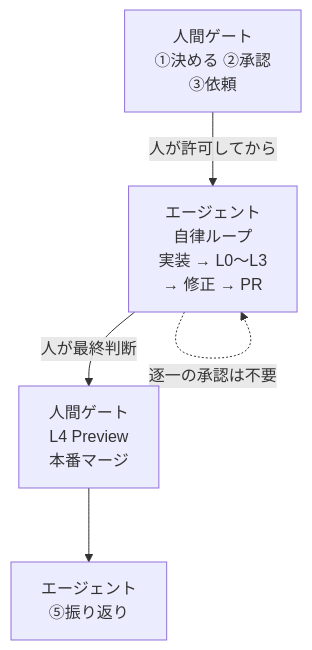
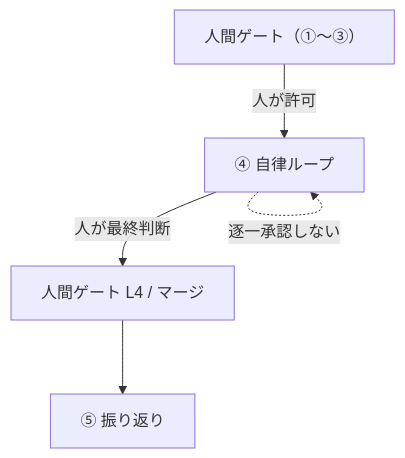
The second of 3 diagrams in docs/development/ai-dev-process-for-qa.md (ike-gagagami97/my-recipe), drawn with Mermaid before and after one commit. The commit also changed other lines of this file and 1 other file, not shown here.

First line of the commit message:
docs: mermaid ラベルを単一行に短縮（<br/> は GitHub で無効）

````diff
--- a/docs/development/ai-dev-process-for-qa.md
+++ b/docs/development/ai-dev-process-for-qa.md
@@ -112,11 +116,11 @@
 ```mermaid
 flowchart TD
-  H1["人間ゲート<br/>①決める ②承認<br/>③依頼"]
-  A1["エージェント<br/>自律ループ<br/>実装 → L0〜L3<br/>→ 修正 → PR"]
-  H2["人間ゲート<br/>L4 Preview<br/>本番マージ"]
-  A2["エージェント<br/>⑤振り返り"]
-  H1 -->|人が許可してから| A1
+  H1["人間ゲート（①〜③）"]
+  A1["④ 自律ループ"]
+  H2["人間ゲート L4 / マージ"]
+  A2["⑤ 振り返り"]
+  H1 -->|人が許可| A1
   A1 -->|人が最終判断| H2
   H2 --> A2
-  A1 -.->|逐一の承認は不要| A1
+  A1 -.->|逐一承認しない| A1
 ```
````
